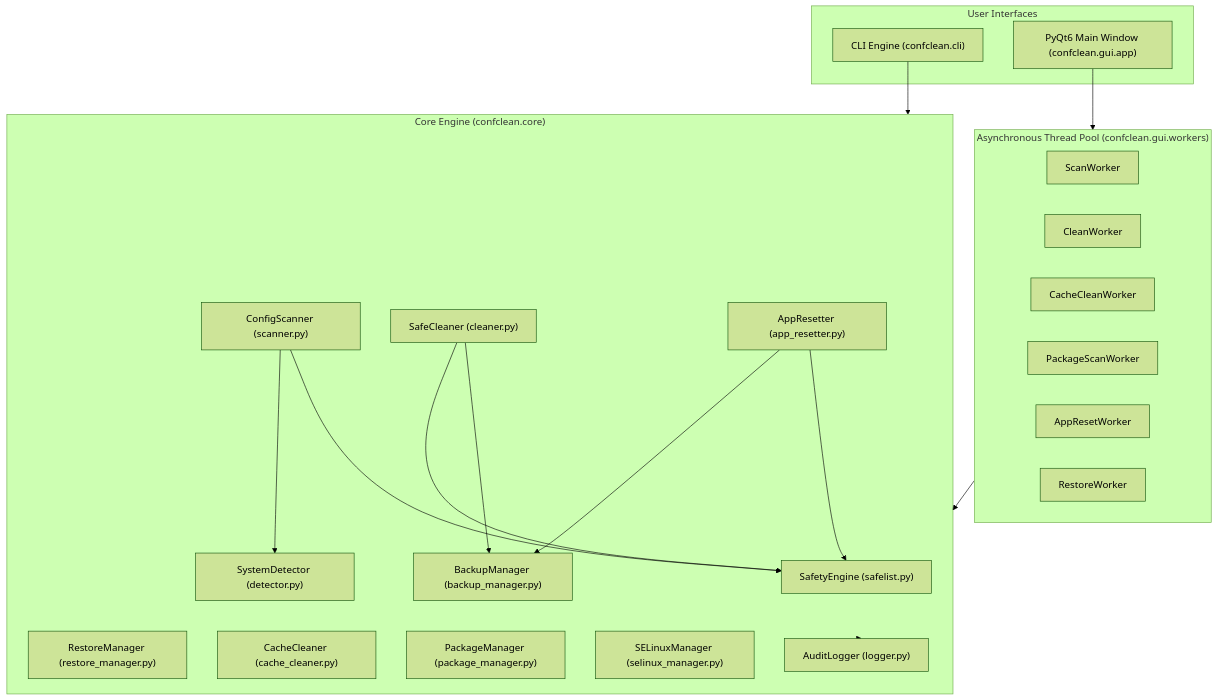
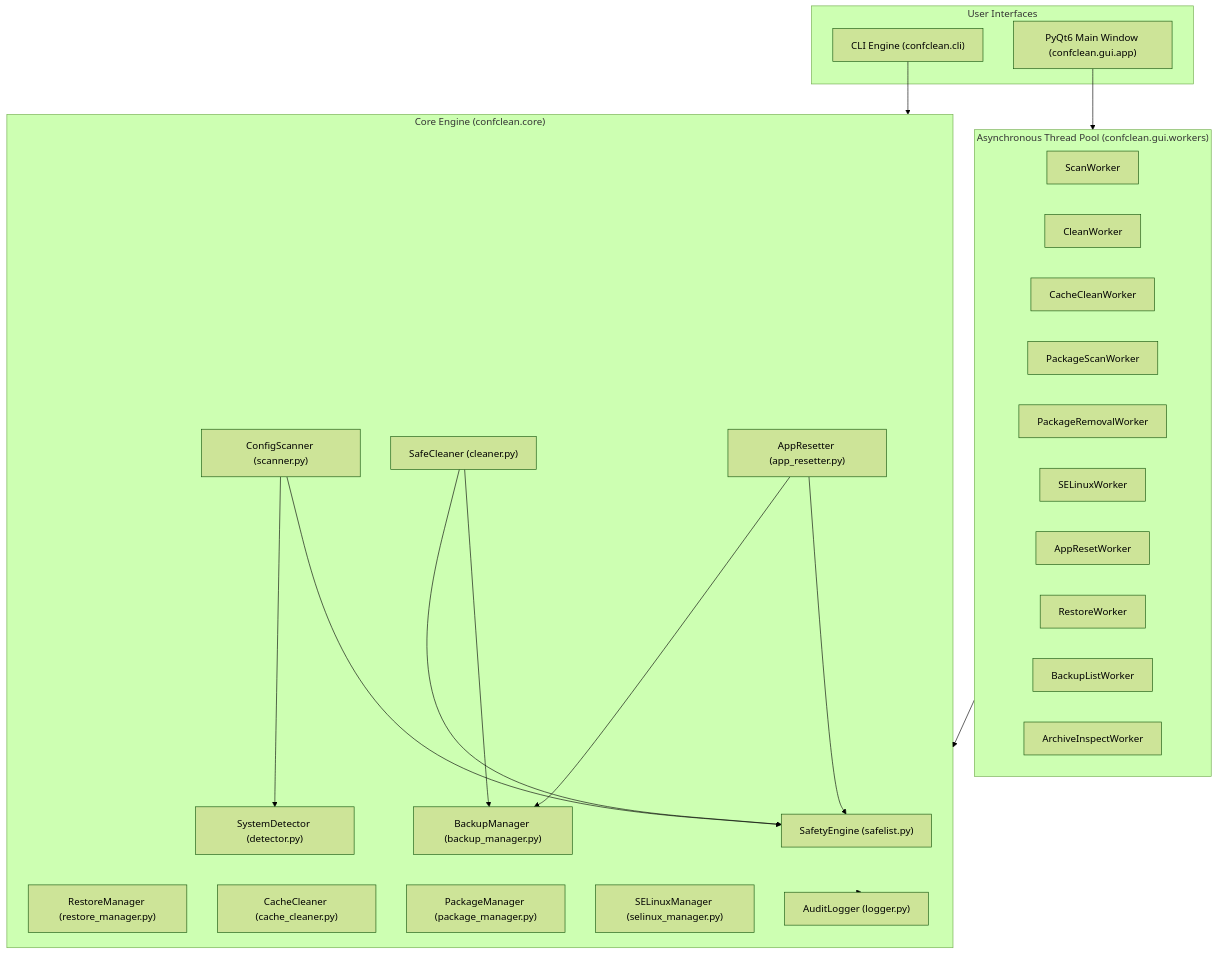
One commit to turajbjt/confCleanFc changed the first of 3 diagrams in docs/ARCHITECTURE.md. Above: the diagram before and after it, drawn with Mermaid (forest theme). The commit also changed other lines of this file and 4 other files, not shown here.

Commit message:
Synchronize documentation, test counts, and architectural references

````diff
--- a/docs/ARCHITECTURE.md
+++ b/docs/ARCHITECTURE.md
@@ -14,41 +14,45 @@
 ```mermaid
 flowchart TD
     subgraph UI ["User Interfaces"]
         CLI["CLI Engine (confclean.cli)"]
         GUI["PyQt6 Main Window (confclean.gui.app)"]
     end
 
     subgraph Workers ["Asynchronous Thread Pool (confclean.gui.workers)"]
         ScanWorker["ScanWorker"]
         CleanWorker["CleanWorker"]
         CacheCleanWorker["CacheCleanWorker"]
         PackageScanWorker["PackageScanWorker"]
+        PackageRemovalWorker["PackageRemovalWorker"]
+        SELinuxWorker["SELinuxWorker"]
         AppResetWorker["AppResetWorker"]
         RestoreWorker["RestoreWorker"]
+        BackupListWorker["BackupListWorker"]
+        ArchiveInspectWorker["ArchiveInspectWorker"]
     end
 
     subgraph Core ["Core Engine (confclean.core)"]
         Safety["SafetyEngine (safelist.py)"]
         Detector["SystemDetector (detector.py)"]
         Scanner["ConfigScanner (scanner.py)"]
         Cleaner["SafeCleaner (cleaner.py)"]
         Backup["BackupManager (backup_manager.py)"]
         Restore["RestoreManager (restore_manager.py)"]
         Cache["CacheCleaner (cache_cleaner.py)"]
         PkgMgr["PackageManager (package_manager.py)"]
         SELinux["SELinuxManager (selinux_manager.py)"]
         AppReset["AppResetter (app_resetter.py)"]
         Logger["AuditLogger (logger.py)"]
     end
 
     GUI --> Workers
     Workers --> Core
     CLI --> Core
     Cleaner --> Safety
     Cleaner --> Backup
     Scanner --> Detector
     Scanner --> Safety
     AppReset --> Backup
     AppReset --> Safety
     Core --> Logger
 ```
````
